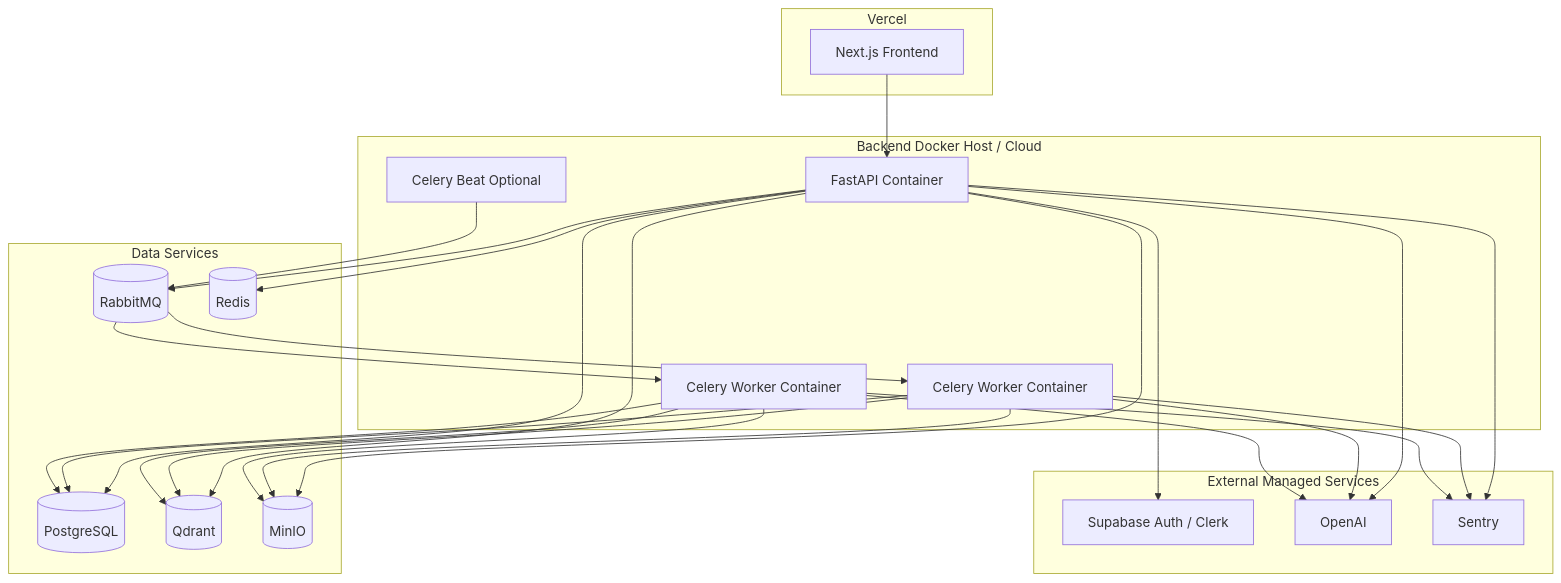
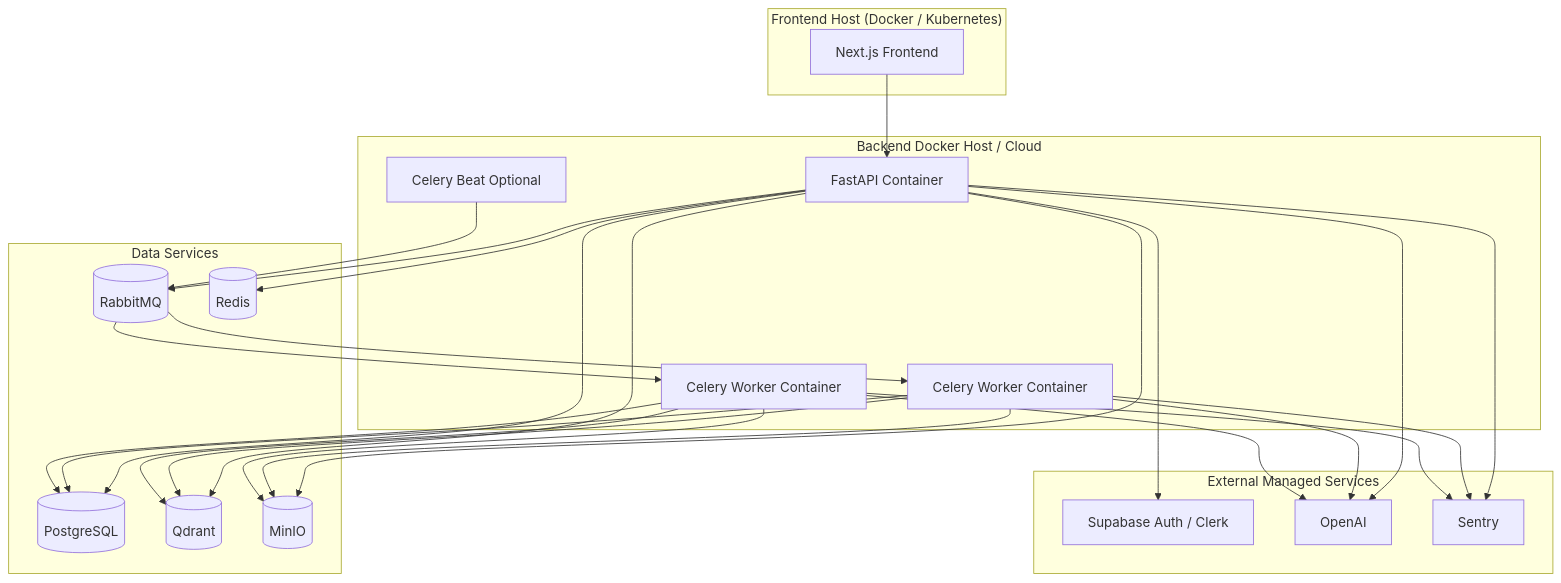
The second of 6 diagrams in docs/04_COMPONENT_DIAGRAMS.md (meghrazchi/rudix), drawn with Mermaid before and after one commit. The commit also changed 73 other files, not shown here.

````diff
--- a/docs/04_COMPONENT_DIAGRAMS.md
+++ b/docs/04_COMPONENT_DIAGRAMS.md
@@ -99,53 +99,53 @@
 ```mermaid
 flowchart TD
-    subgraph Vercel["Vercel"]
+    subgraph FrontendHost["Frontend Host (Docker / Kubernetes)"]
         FE[Next.js Frontend]
     end
 
     subgraph BackendHost["Backend Docker Host / Cloud"]
         API[FastAPI Container]
         Worker1[Celery Worker Container]
         Worker2[Celery Worker Container]
         Beat[Celery Beat Optional]
     end
 
     subgraph DataHost["Data Services"]
         PG[(PostgreSQL)]
         QD[(Qdrant)]
         MO[(MinIO)]
         RMQ[(RabbitMQ)]
         RD[(Redis)]
     end
 
     subgraph External["External Managed Services"]
         Auth[Supabase Auth / Clerk]
         OpenAI[OpenAI]
         Sentry[Sentry]
     end
 
     FE --> API
     API --> Auth
     API --> PG
     API --> QD
     API --> MO
     API --> RMQ
     API --> RD
     API --> OpenAI
     API --> Sentry
 
     RMQ --> Worker1
     RMQ --> Worker2
     Worker1 --> PG
     Worker1 --> QD
     Worker1 --> MO
     Worker1 --> OpenAI
     Worker1 --> Sentry
 
     Worker2 --> PG
     Worker2 --> QD
     Worker2 --> MO
     Worker2 --> OpenAI
     Worker2 --> Sentry
 
     Beat --> RMQ
 ```
````
